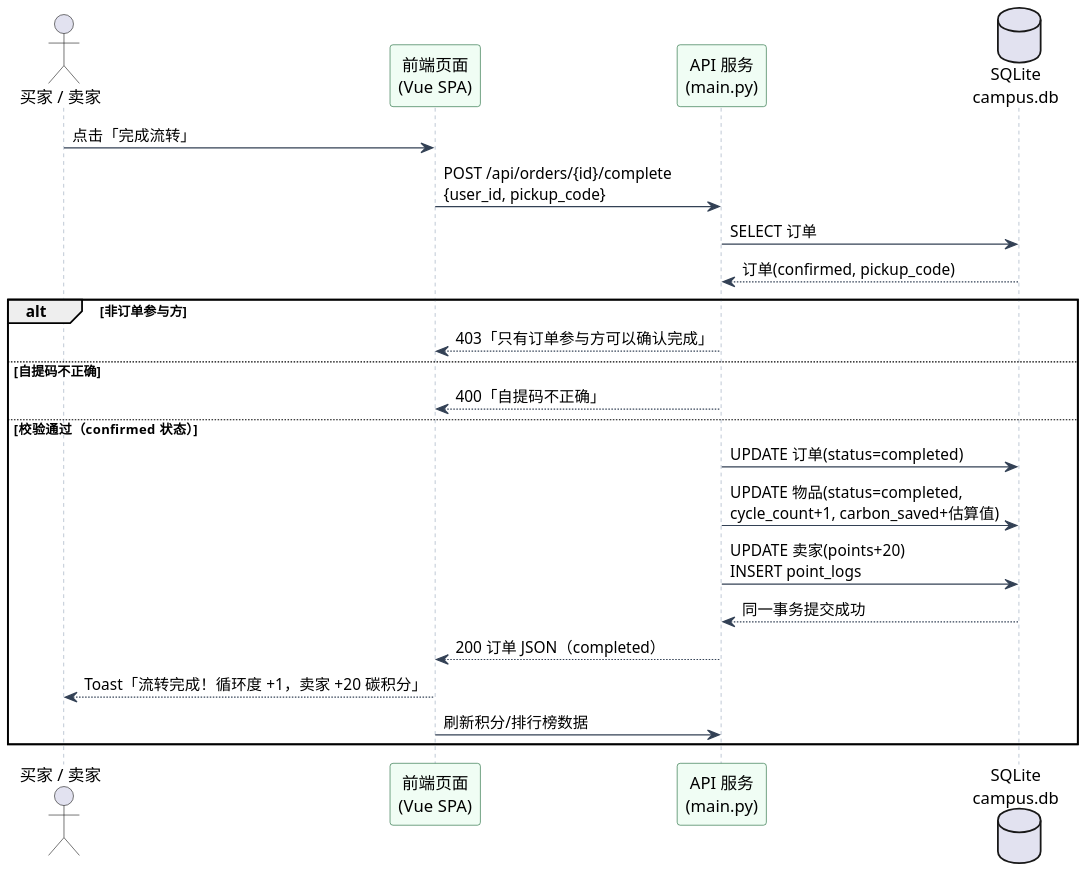
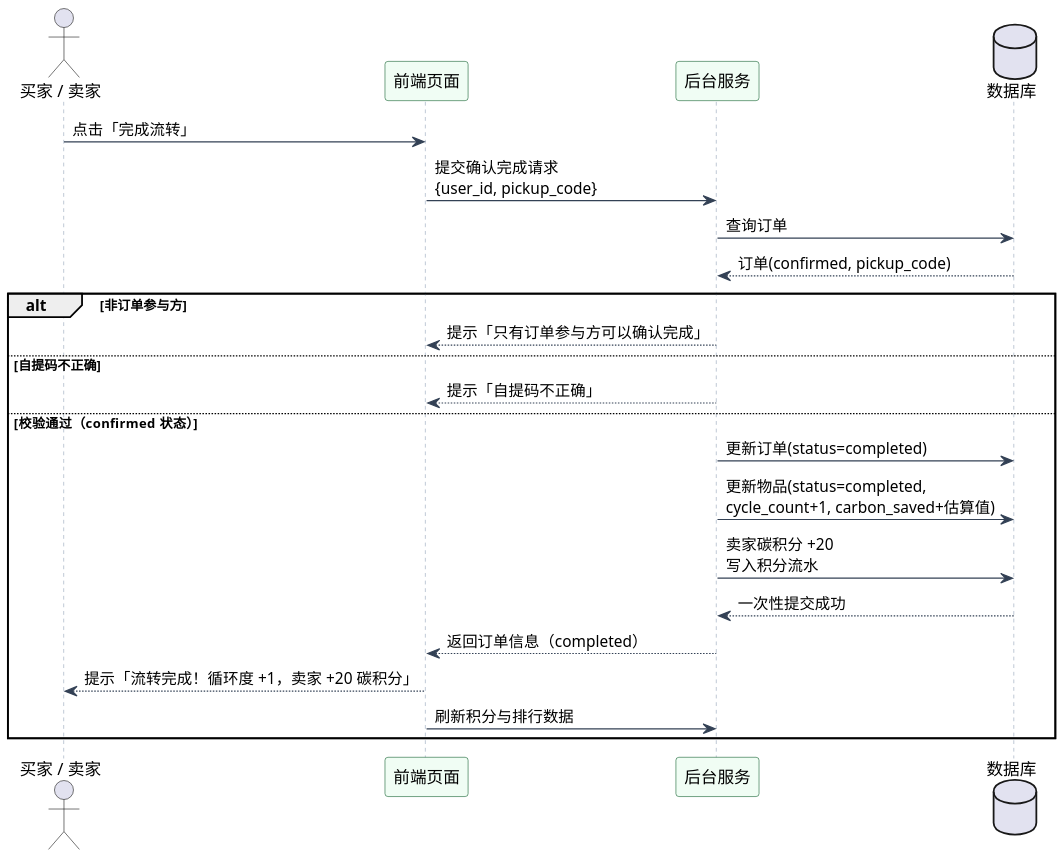
Before and after one commit to dogflydream/software-require-project-exam1: the diagram in docs/reports/puml/seq_complete.puml, drawn with PlantUML. The commit also changed 13 other files, not shown here.

```diff
--- a/docs/reports/puml/seq_complete.puml
+++ b/docs/reports/puml/seq_complete.puml
@@ -1,32 +1,32 @@
 @startuml
 skinparam defaultFontName "Microsoft YaHei"
 skinparam dpi 150
 skinparam shadowing false
 skinparam sequence {
   ArrowColor #334155
   LifeLineBorderColor #94A3B8
   ParticipantBackgroundColor #F0FDF4
   ParticipantBorderColor #166534
 }
 actor "买家 / 卖家" as U
-participant "前端页面\n(Vue SPA)" as FE
-participant "API 服务\n(main.py)" as API
-database "SQLite\ncampus.db" as DB
+participant "前端页面" as FE
+participant "后台服务" as API
+database "数据库" as DB
 U -> FE : 点击「完成流转」
-FE -> API : POST /api/orders/{id}/complete\n{user_id, pickup_code}
-API -> DB : SELECT 订单
+FE -> API : 提交确认完成请求\n{user_id, pickup_code}
+API -> DB : 查询订单
 DB --> API : 订单(confirmed, pickup_code)
 alt 非订单参与方
-  API --> FE : 403「只有订单参与方可以确认完成」
+  API --> FE : 提示「只有订单参与方可以确认完成」
 else 自提码不正确
-  API --> FE : 400「自提码不正确」
+  API --> FE : 提示「自提码不正确」
 else 校验通过（confirmed 状态）
-  API -> DB : UPDATE 订单(status=completed)
-  API -> DB : UPDATE 物品(status=completed,\ncycle_count+1, carbon_saved+估算值)
-  API -> DB : UPDATE 卖家(points+20)\nINSERT point_logs
-  DB --> API : 同一事务提交成功
-  API --> FE : 200 订单 JSON（completed）
-  FE --> U : Toast「流转完成！循环度 +1，卖家 +20 碳积分」
-  FE -> API : 刷新积分/排行榜数据
+  API -> DB : 更新订单(status=completed)
+  API -> DB : 更新物品(status=completed,\ncycle_count+1, carbon_saved+估算值)
+  API -> DB : 卖家碳积分 +20\n写入积分流水
+  DB --> API : 一次性提交成功
+  API --> FE : 返回订单信息（completed）
+  FE --> U : 提示「流转完成！循环度 +1，卖家 +20 碳积分」
+  FE -> API : 刷新积分与排行数据
 end
 @enduml
```
